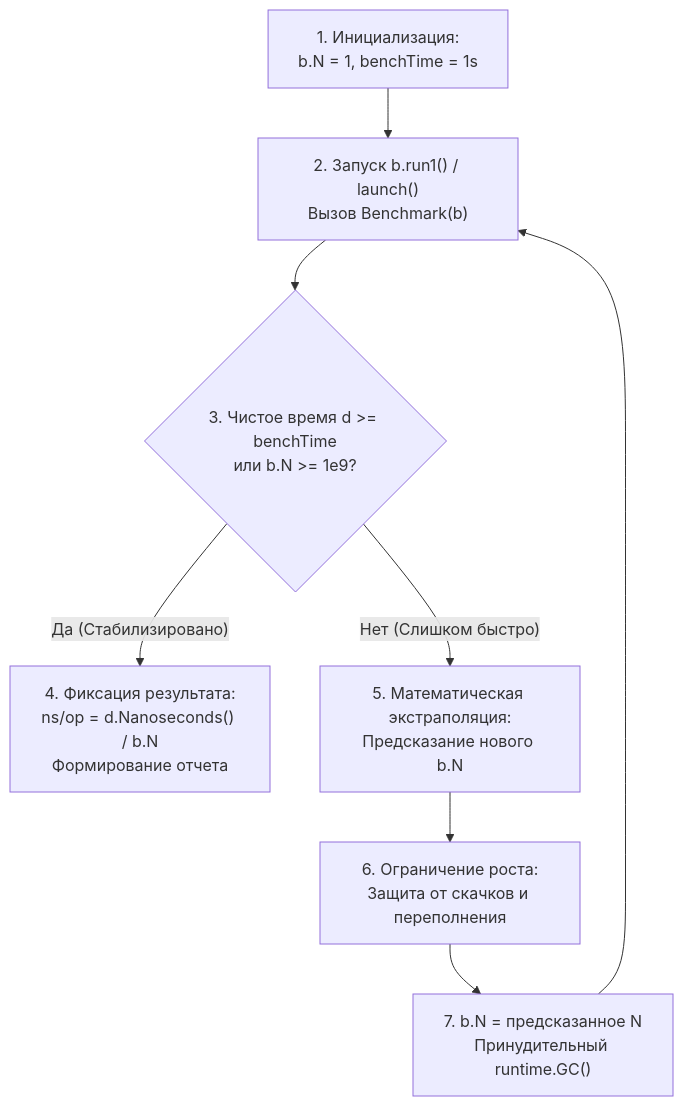
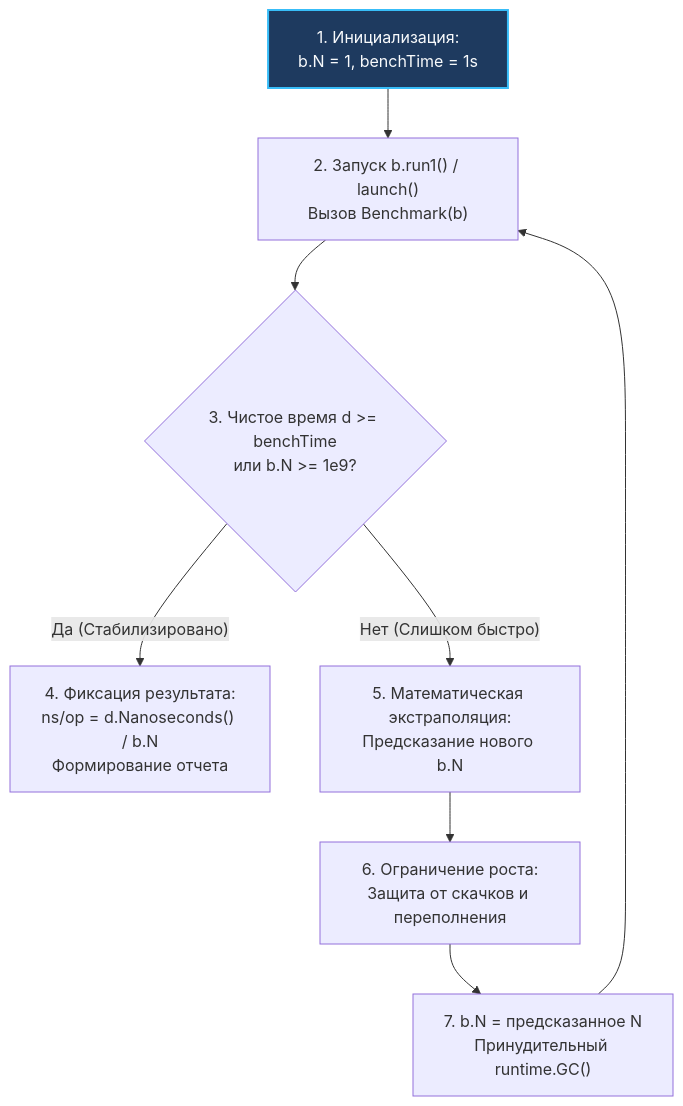
The first of 2 diagrams in sources/16. Профилирование, отладка и производительность/02. Benchmarking/3. go test -bench под капотом.md (UnrealTemplier/go-textbook), drawn with Mermaid before and after one commit. The commit also changed 1666 other files, not shown here.

First line of the commit message:
feat(mermaid): add semantic color classDef to 1369 colorless flowchart/graph diagrams

````diff
--- a/sources/16. Профилирование, отладка и производительность/02. Benchmarking/3. go test -bench под капотом.md
+++ b/sources/16. Профилирование, отладка и производительность/02. Benchmarking/3. go test -bench под капотом.md
@@ -59,12 +59,22 @@
 ```mermaid
 flowchart TD
-    Start["1. Инициализация:<br>b.N = 1, benchTime = 1s"] --> Launch["2. Запуск b.run1() / launch()<br>Вызов Benchmark(b)"]
+    classDef process  fill:#1e293b,stroke:#38bdf8,stroke-width:1px,color:#f8fafc
+    classDef success  fill:#064e3b,stroke:#34d399,stroke-width:1px,color:#f8fafc
+    classDef error    fill:#7f1d1d,stroke:#f87171,stroke-width:1px,color:#f8fafc
+    classDef warning  fill:#78350f,stroke:#fbbf24,stroke-width:1px,color:#f8fafc
+    classDef entry    fill:#1e3a5f,stroke:#38bdf8,stroke-width:2px,color:#f8fafc
+    classDef aux      fill:#334155,stroke:#64748b,stroke-width:1px,color:#f8fafc
+    classDef system   fill:#312e81,stroke:#a78bfa,stroke-width:1px,color:#f8fafc
+    classDef data     fill:#132d29,stroke:#2dd4bf,stroke-width:1px,color:#f8fafc
+    classDef network  fill:#881337,stroke:#fb7185,stroke-width:1px,color:#f8fafc
+    classDef accent   fill:#1e1b4b,stroke:#818cf8,stroke-width:1px,color:#f8fafc
+    Start["1. Инициализация:<br>b.N = 1, benchTime = 1s"]:::entry --> Launch["2. Запуск b.run1() / launch()<br>Вызов Benchmark(b)"]
     Launch --> CheckTime{"3. Чистое время d >= benchTime<br>или b.N >= 1e9?"}
     
     CheckTime -- "Да (Стабилизировано)" --> Final["4. Фиксация результата:<br>ns/op = d.Nanoseconds() / b.N<br>Формирование отчета"]
     CheckTime -- "Нет (Слишком быстро)" --> Extrapolate["5. Математическая экстраполяция:<br>Предсказание нового b.N"]
     
     Extrapolate --> Clamp["6. Ограничение роста:<br>Защита от скачков и переполнения"]
     Clamp --> SetN["7. b.N = предсказанное N<br>Принудительный runtime.GC()"]
     SetN --> Launch
 ```
````
